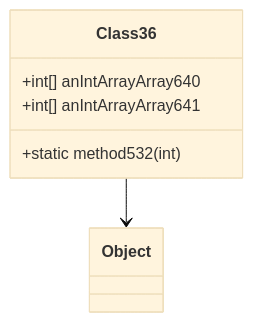
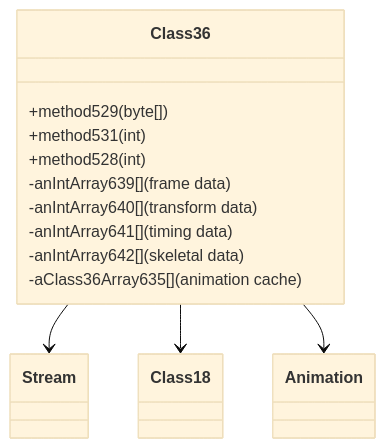
One commit to daxxog/solmud changed the diagram in bytecode/mapping/evidence/verified/Class36_VBAXKVMG.md. Above: the diagram before and after it, drawn with Mermaid (base theme). The commit also changed other lines of this file and 38 other files, not shown here.

````diff
--- a/bytecode/mapping/evidence/verified/Class36_VBAXKVMG.md
+++ b/bytecode/mapping/evidence/verified/Class36_VBAXKVMG.md
@@ -9,7 +16,14 @@
 ```mermaid
 classDiagram
-    Class36 --> Object
-    Class36 : +int[] anIntArrayArray640
-    Class36 : +int[] anIntArrayArray641
-    Class36 : +static method532(int)
+    Class36 --> Stream
+    Class36 --> Class18
+    Class36 --> Animation
+    Class36 : +method529(byte[])
+    Class36 : +method531(int)
+    Class36 : +method528(int)
+    Class36 : -anIntArray639[] (frame data)
+    Class36 : -anIntArray640[] (transform data)
+    Class36 : -anIntArray641[] (timing data)
+    Class36 : -anIntArray642[] (skeletal data)
+    Class36 : -aClass36Array635[] (animation cache)
 ```
````
